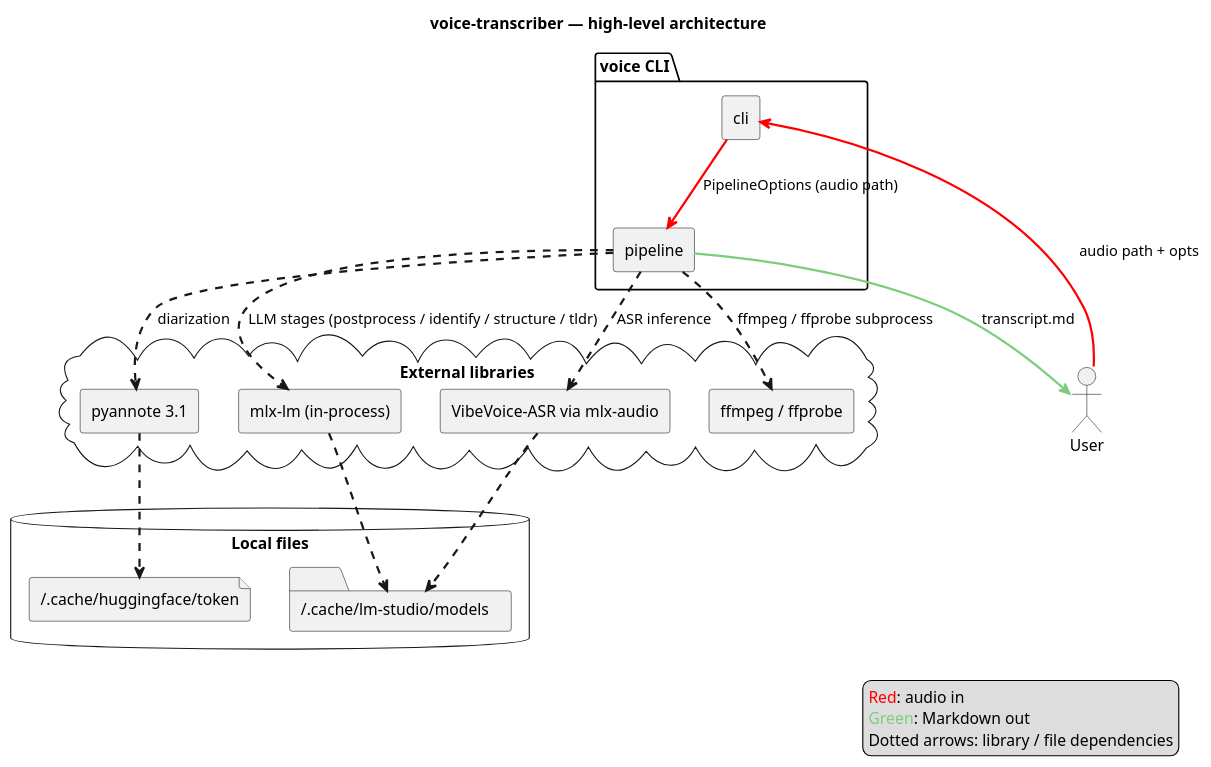
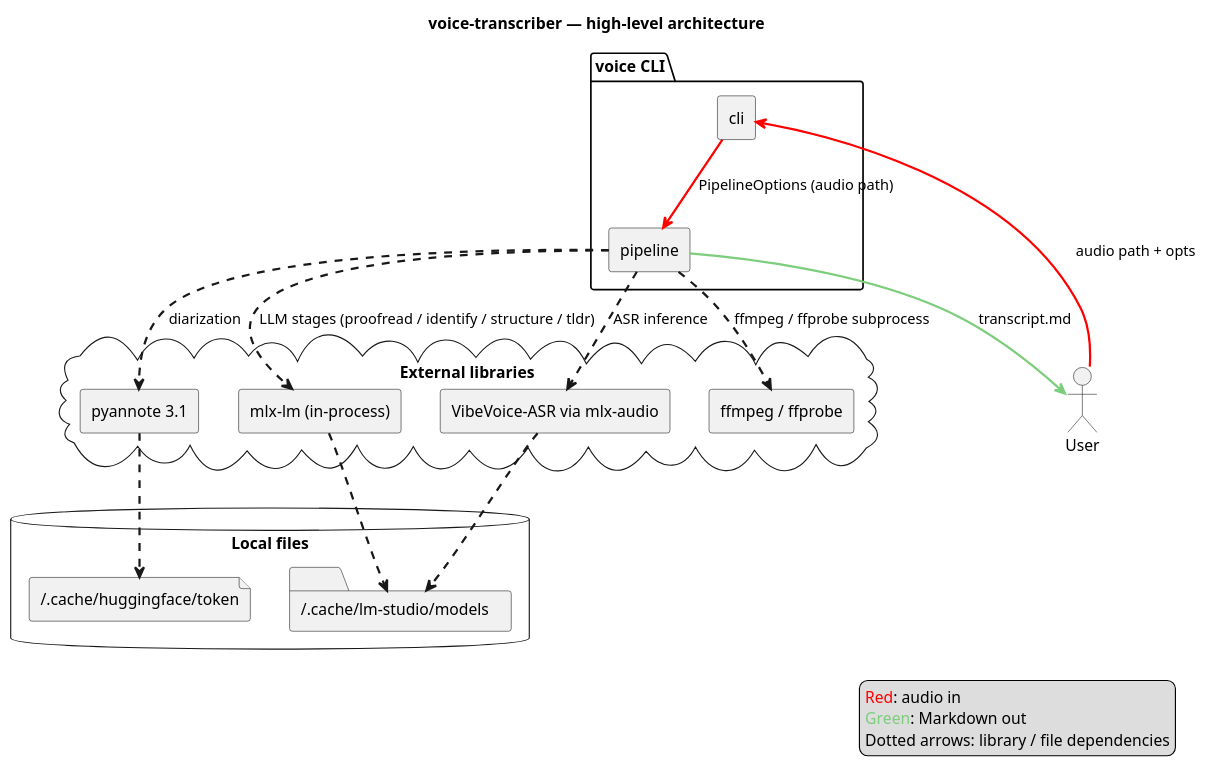
The first of 2 diagrams in docs/architecture.md (artem-from-ua/voice-transcriber), drawn with PlantUML before and after one commit. The commit also changed other lines of this file and 24 other files, not shown here.

First line of the commit message:
Rename postprocess → proofread; colour-code architecture diagram by stage type (#61)

````diff
--- a/docs/architecture.md
+++ b/docs/architecture.md
@@ -11,45 +11,45 @@
 ```plantuml
 @startuml
 title voice-transcriber — high-level architecture
 skinparam componentStyle rectangle
 skinparam ArrowThickness 2
 
 actor User
 
 package "voice CLI" {
   component "cli" as CLI
   component "pipeline" as Pipeline
 }
 
 cloud "External libraries" {
   [ffmpeg / ffprobe] as Ffmpeg
   [VibeVoice-ASR via mlx-audio] as MLX
   [pyannote 3.1] as Pyannote
   [mlx-lm (in-process)] as MlxLm
 }
 
 database "Local files" {
   folder "~/.cache/lm-studio/models" as LMSCache
   file "~/.cache/huggingface/token" as HFToken
 }
 
 User -[#red]-> CLI : audio path + opts
 CLI -[#red]-> Pipeline : PipelineOptions (audio path)
 Pipeline -[#7CCD7C]-> User : transcript.md
 
 Pipeline ..> Ffmpeg : ffmpeg / ffprobe subprocess
 Pipeline ..> MLX : ASR inference
 Pipeline ..> Pyannote : diarization
-Pipeline ..> MlxLm : LLM stages (postprocess / identify / structure / tldr)
+Pipeline ..> MlxLm : LLM stages (proofread / identify / structure / tldr)
 
 MLX ..> LMSCache
 MlxLm ..> LMSCache
 Pyannote ..> HFToken
 
 legend right
   <color:red>Red</color>: audio in
   <color:#7CCD7C>Green</color>: Markdown out
   Dotted arrows: library / file dependencies
 end legend
 @enduml
 ```
````
